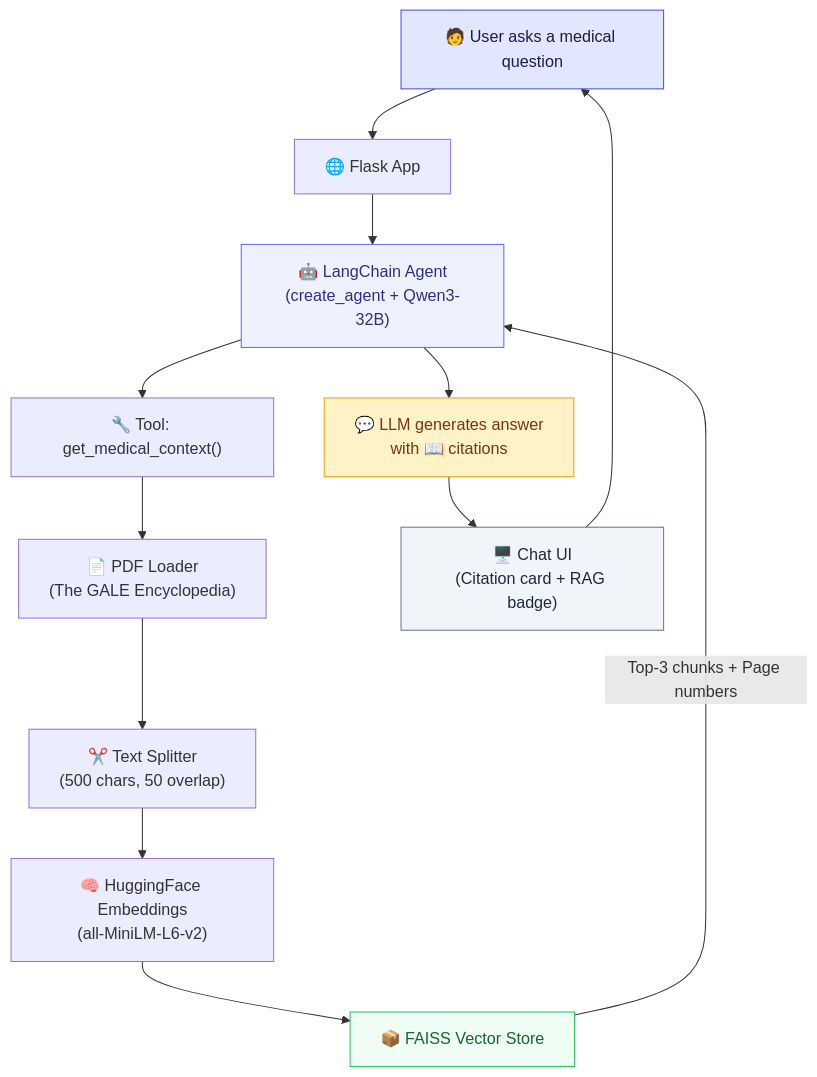
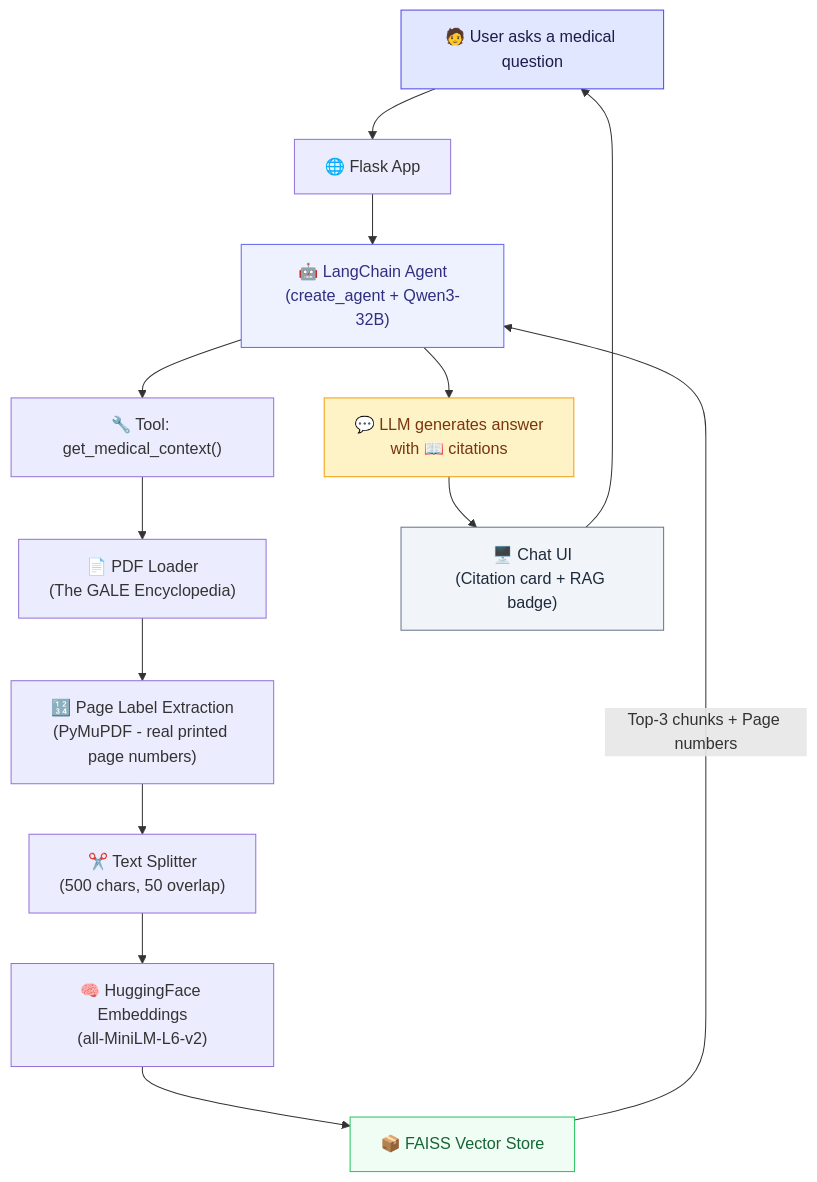
The first of 2 diagrams in readme.md (farhanrhine/medical-rag-ai-agent-gcp), drawn with Mermaid before and after one commit. The commit also changed other lines of this file, not shown here.

Commit message:
docs: Update README to enhance page citation accuracy and clarify PDF processing details

````diff
--- a/readme.md
+++ b/readme.md
@@ -7,20 +7,21 @@
 ```mermaid
 flowchart TD
     A["🧑 User asks a medical question"] --> B["🌐 Flask App"]
     B --> C["🤖 LangChain Agent\n(create_agent + Qwen3-32B)"]
     C --> D["🔧 Tool: get_medical_context()"]
     D --> E["📄 PDF Loader\n(The GALE Encyclopedia)"]
-    E --> F["✂️ Text Splitter\n(500 chars, 50 overlap)"]
+    E --> E2["🔢 Page Label Extraction\n(PyMuPDF - real printed page numbers)"]
+    E2 --> F["✂️ Text Splitter\n(500 chars, 50 overlap)"]
     F --> G["🧠 HuggingFace Embeddings\n(all-MiniLM-L6-v2)"]
     G --> H["📦 FAISS Vector Store"]
     H -->|"Top-3 chunks + Page numbers"| C
     C --> I["💬 LLM generates answer\nwith 📖 citations"]
     I --> J["🖥️ Chat UI\n(Citation card + RAG badge)"]
     J --> A
 
     style A fill:#e0e7ff,stroke:#4f46e5,color:#1e1b4b
     style C fill:#eef2ff,stroke:#6366f1,color:#312e81
     style H fill:#f0fdf4,stroke:#22c55e,color:#166534
     style I fill:#fef3c7,stroke:#f59e0b,color:#78350f
     style J fill:#f1f5f9,stroke:#64748b,color:#1e293b
 ```
````
